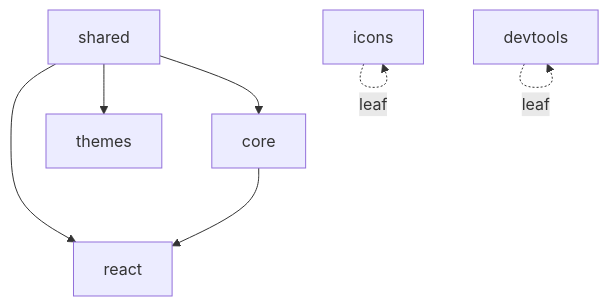
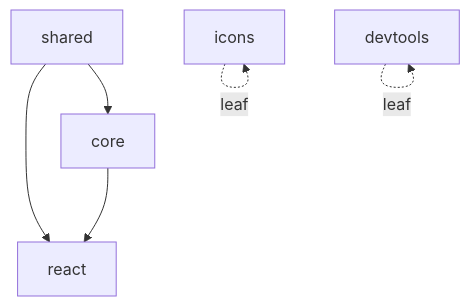
The second of 6 diagrams in docs/architecture/overview.md (localfirstai/bettertui), drawn with Mermaid before and after one commit. The commit also changed other lines of this file and 41 other files, not shown here.

````diff
--- a/docs/architecture/overview.md
+++ b/docs/architecture/overview.md
@@ -77,15 +76,13 @@
 ```mermaid
 graph TD
     shared[shared]
     core[core]
     react[react]
-    themes[themes]
     icons[icons]
     devtools[devtools]
     shared --> core
     shared --> react
-    shared --> themes
     core --> react
     icons -.leaf.-> icons
     devtools -.leaf.-> devtools
 ```
````
